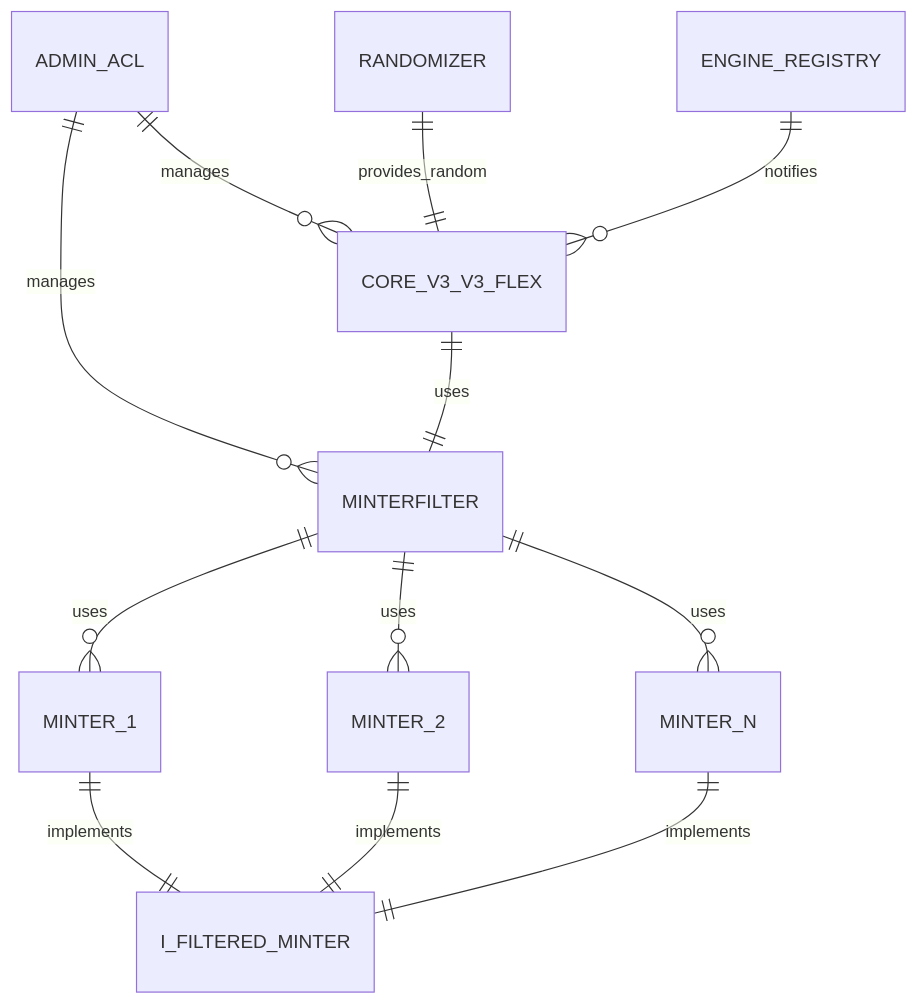
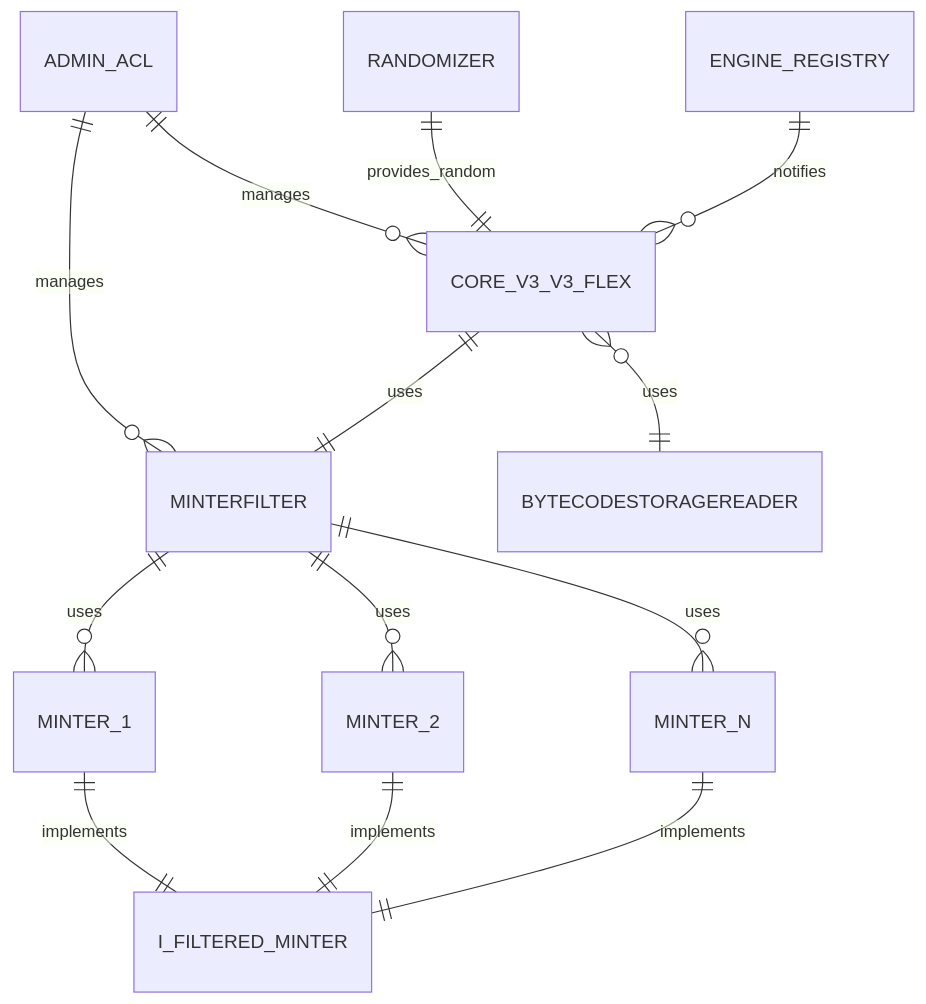
One commit to void-smith660/artblocks-contracts changed the diagram in README.md. Above: the diagram before and after it, drawn with Mermaid. The commit also changed other lines of this file and 37 other files, not shown here.

````diff
--- a/README.md
+++ b/README.md
@@ -68,14 +68,15 @@
 ```mermaid
 erDiagram
     ADMIN_ACL ||--o{ CORE_V3_V3_FLEX : manages
     ADMIN_ACL ||--o{ MINTERFILTER : manages
     CORE_V3_V3_FLEX ||--|| MINTERFILTER : uses
+    CORE_V3_V3_FLEX }o--|| BYTECODESTORAGEREADER : uses
     MINTERFILTER ||--o{ MINTER_1 : uses
     MINTERFILTER ||--o{ MINTER_2 : uses
     MINTERFILTER ||--o{ MINTER_N : uses
     MINTER_1 ||--|| I_FILTERED_MINTER : implements
     MINTER_2 ||--|| I_FILTERED_MINTER : implements
     MINTER_N ||--|| I_FILTERED_MINTER : implements
     RANDOMIZER ||--|| CORE_V3_V3_FLEX : provides_random
     ENGINE_REGISTRY ||--o{ CORE_V3_V3_FLEX : notifies
 ```
````
